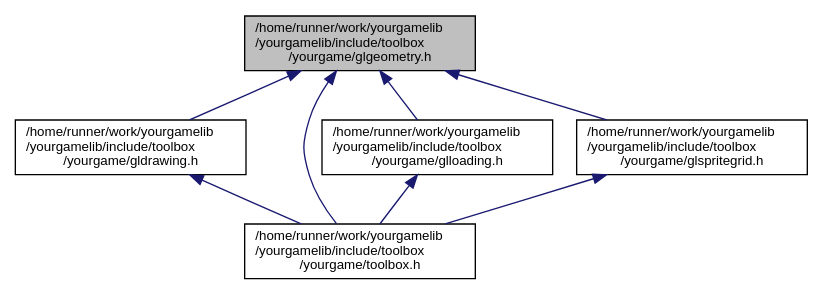
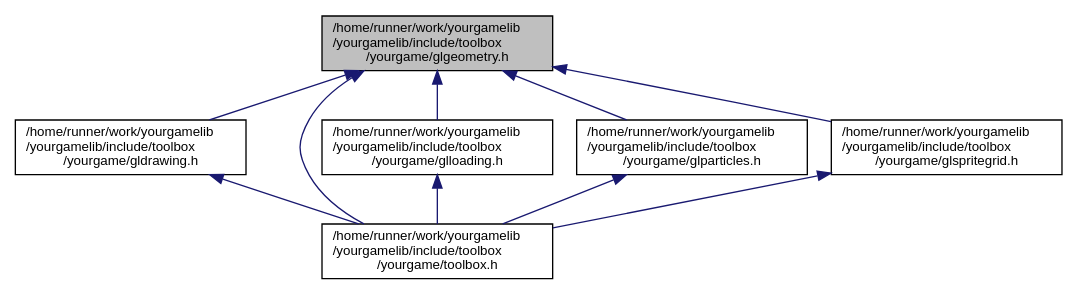
One commit to duddel/yourgamelib changed the diagram in glgeometry_8h__dep__incl.dot. Above: the diagram before and after it, drawn with Graphviz. The commit also changed 121 other files, not shown here.

```diff
--- a/glgeometry_8h__dep__incl.dot
+++ b/glgeometry_8h__dep__incl.dot
@@ -1,17 +1,20 @@
 digraph "/home/runner/work/yourgamelib/yourgamelib/include/toolbox/yourgame/glgeometry.h"
 {
   edge [fontname="Helvetica",fontsize="10",labelfontname="Helvetica",labelfontsize="10"];
   node [fontname="Helvetica",fontsize="10",shape=record];
   Node7 [label="/home/runner/work/yourgamelib\l/yourgamelib/include/toolbox\l/yourgame/glgeometry.h",height=0.2,width=0.4,color="black", fillcolor="grey75", style="filled", fontcolor="black"];
   Node7 -> Node8 [dir="back",color="midnightblue",fontsize="10",style="solid",fontname="Helvetica"];
   Node8 [label="/home/runner/work/yourgamelib\l/yourgamelib/include/toolbox\l/yourgame/gldrawing.h",height=0.2,width=0.4,color="black", fillcolor="white", style="filled",URL="$gldrawing_8h.html"];
   Node8 -> Node9 [dir="back",color="midnightblue",fontsize="10",style="solid",fontname="Helvetica"];
   Node9 [label="/home/runner/work/yourgamelib\l/yourgamelib/include/toolbox\l/yourgame/toolbox.h",height=0.2,width=0.4,color="black", fillcolor="white", style="filled",URL="$toolbox_8h.html"];
   Node7 -> Node10 [dir="back",color="midnightblue",fontsize="10",style="solid",fontname="Helvetica"];
   Node10 [label="/home/runner/work/yourgamelib\l/yourgamelib/include/toolbox\l/yourgame/glloading.h",height=0.2,width=0.4,color="black", fillcolor="white", style="filled",URL="$glloading_8h.html"];
   Node10 -> Node9 [dir="back",color="midnightblue",fontsize="10",style="solid",fontname="Helvetica"];
   Node7 -> Node11 [dir="back",color="midnightblue",fontsize="10",style="solid",fontname="Helvetica"];
-  Node11 [label="/home/runner/work/yourgamelib\l/yourgamelib/include/toolbox\l/yourgame/glspritegrid.h",height=0.2,width=0.4,color="black", fillcolor="white", style="filled",URL="$glspritegrid_8h.html"];
+  Node11 [label="/home/runner/work/yourgamelib\l/yourgamelib/include/toolbox\l/yourgame/glparticles.h",height=0.2,width=0.4,color="black", fillcolor="white", style="filled",URL="$glparticles_8h.html"];
   Node11 -> Node9 [dir="back",color="midnightblue",fontsize="10",style="solid",fontname="Helvetica"];
+  Node7 -> Node12 [dir="back",color="midnightblue",fontsize="10",style="solid",fontname="Helvetica"];
+  Node12 [label="/home/runner/work/yourgamelib\l/yourgamelib/include/toolbox\l/yourgame/glspritegrid.h",height=0.2,width=0.4,color="black", fillcolor="white", style="filled",URL="$glspritegrid_8h.html"];
+  Node12 -> Node9 [dir="back",color="midnightblue",fontsize="10",style="solid",fontname="Helvetica"];
   Node7 -> Node9 [dir="back",color="midnightblue",fontsize="10",style="solid",fontname="Helvetica"];
 }
```
